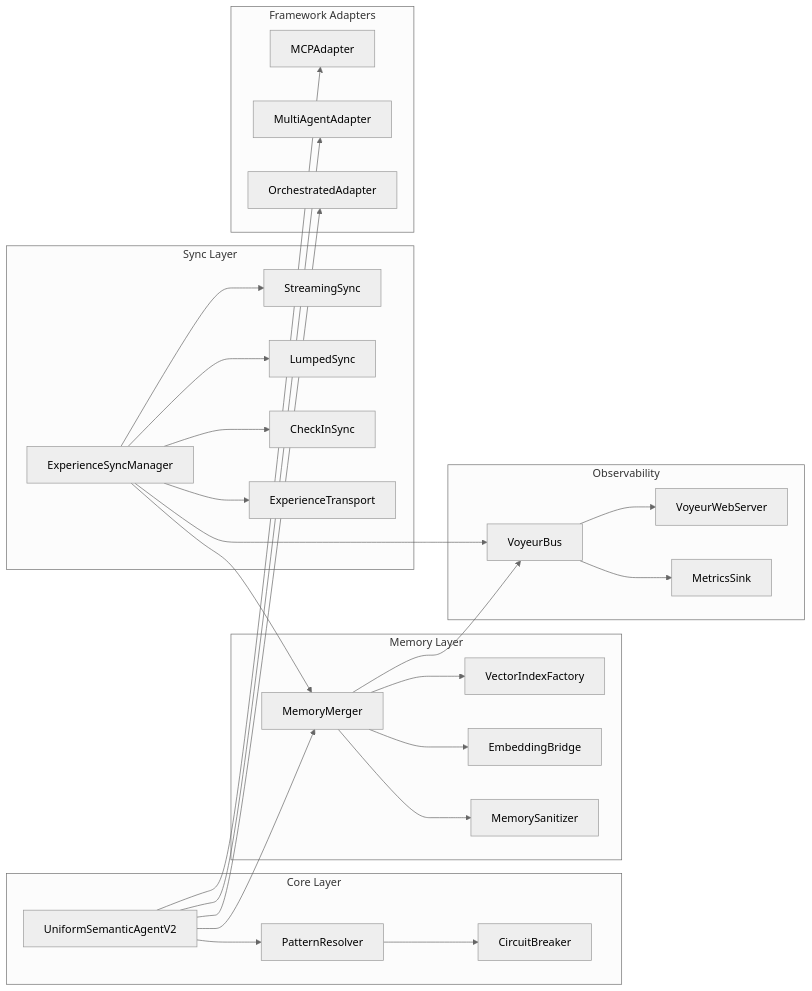
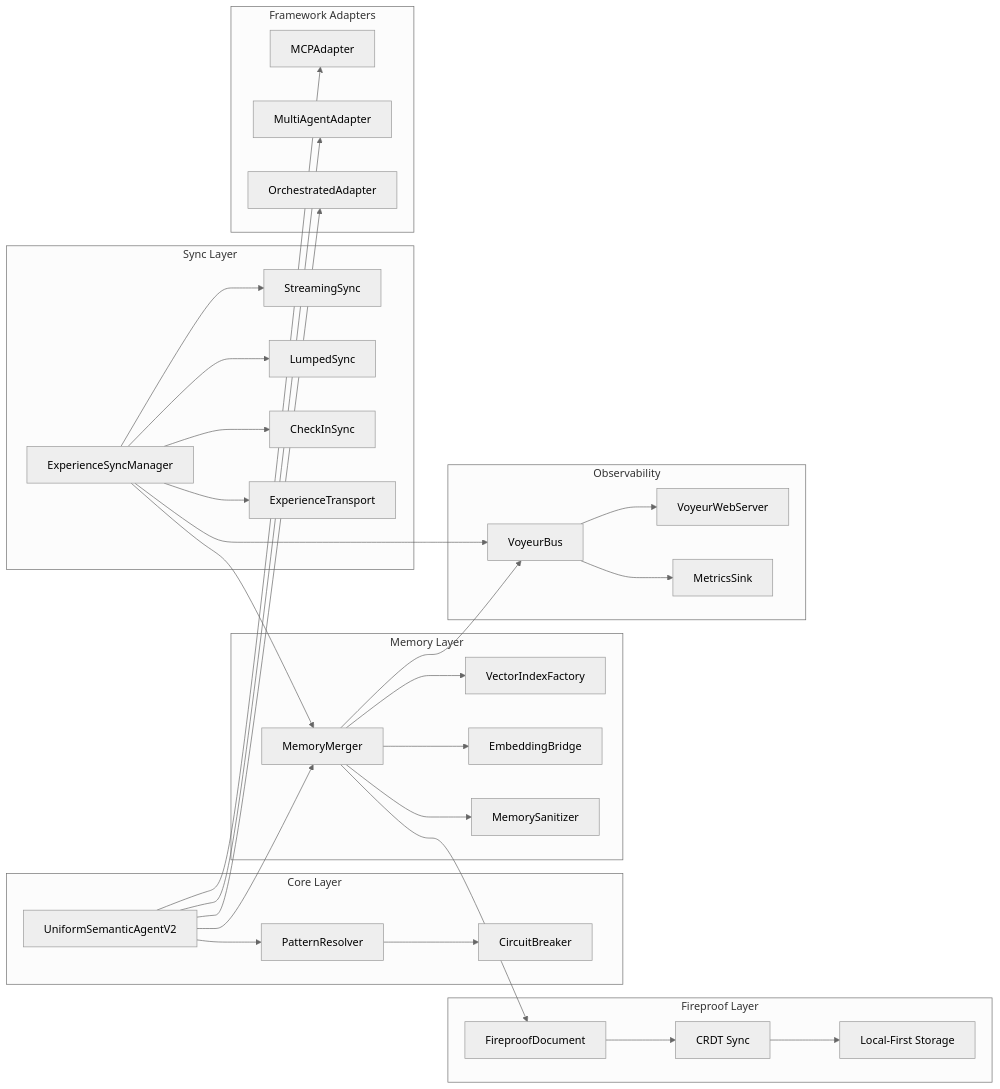
Before and after one commit to Replicant-Partners/Chrysalis: the second of 8 diagrams in ARCHITECTURE.md, drawn with Mermaid (neutral theme). The commit also changed other lines of this file and 398 other files, not shown here.

````diff
--- a/ARCHITECTURE.md
+++ b/ARCHITECTURE.md
@@ -108,57 +108,67 @@
 ```mermaid
 flowchart LR
     subgraph Core["Core Layer"]
         USA[UniformSemanticAgentV2]
         PR[PatternResolver]
         CB[CircuitBreaker]
     end
 
     subgraph Memory["Memory Layer"]
         MM[MemoryMerger]
         VIF[VectorIndexFactory]
         EB[EmbeddingBridge]
         MS[MemorySanitizer]
+    end
+
+    subgraph Fireproof["Fireproof Layer"]
+        FP[FireproofDocument]
+        CRDT[CRDT Sync]
+        LF[Local-First Storage]
     end
 
     subgraph Sync["Sync Layer"]
         ESM[ExperienceSyncManager]
         SS[StreamingSync]
         LS[LumpedSync]
         CS[CheckInSync]
         ET[ExperienceTransport]
     end
 
     subgraph Observability["Observability"]
         VB[VoyeurBus]
         VWS[VoyeurWebServer]
         MET[MetricsSink]
     end
 
     subgraph Adapters["Framework Adapters"]
         MCP[MCPAdapter]
         MA[MultiAgentAdapter]
         OA[OrchestratedAdapter]
     end
 
     USA --> PR
     PR --> CB
     USA --> MM
     MM --> VIF
     MM --> EB
     MM --> MS
     MM --> VB
 
+    MM --> FP
+    FP --> CRDT
+    CRDT --> LF
+
     ESM --> SS
     ESM --> LS
     ESM --> CS
     ESM --> ET
     ESM --> MM
     ESM --> VB
 
     VB --> VWS
     VB --> MET
 
     USA --> MCP
     USA --> MA
     USA --> OA
 ```
````
